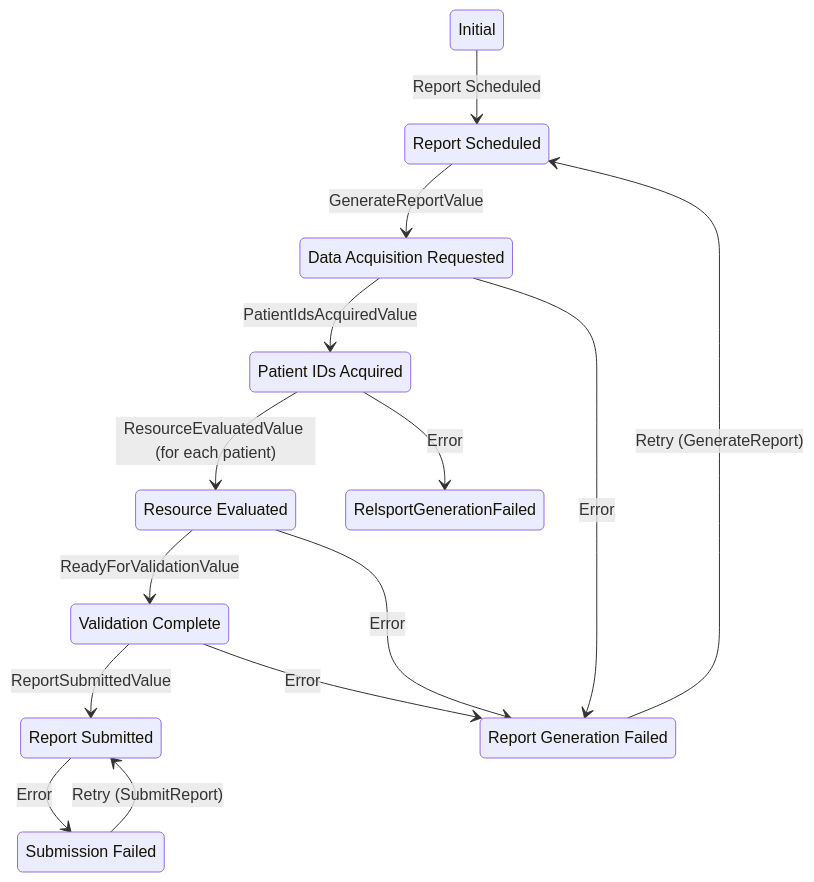
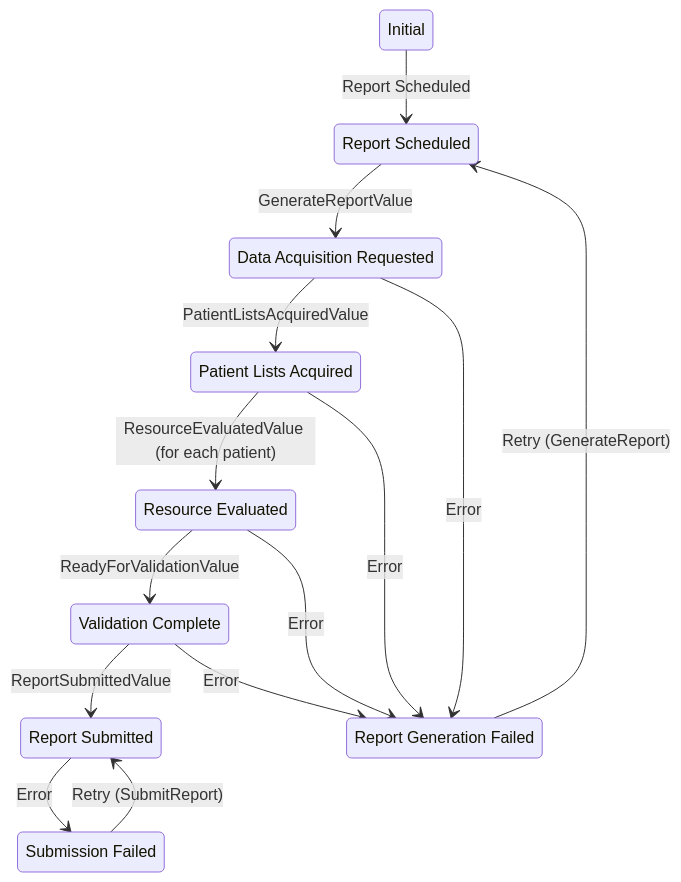
One commit to lantanagroup/link-cloud changed the diagram in docs/domains/Report/index.mdx. Above: the diagram before and after it, drawn with Mermaid. The commit also changed 9 other files, not shown here.

First line of the commit message:
LNK-4540: remove patientIdsAcquired refs (#1285)

````diff
--- a/docs/domains/Report/index.mdx
+++ b/docs/domains/Report/index.mdx
@@ -51,29 +51,29 @@
 ```mermaid
 stateDiagram-v2
 state "Report Scheduled" as ReportScheduled
 state "Data Acquisition Requested" as DataAcquisitionRequested
-state "Patient IDs Acquired" as PatientIDsAcquired
+state "Patient Lists Acquired" as PatientListsAcquired
 state "Resource Evaluated" as ResourceEvaluated
 state "Validation Complete" as ValidationComplete
 state "Report Submitted" as ReportSubmitted
 state "Report Generation Failed" as ReportGenerationFailed
 state "Submission Failed" as SubmissionFailed
 
 ReportScheduled --> DataAcquisitionRequested : GenerateReportValue
-DataAcquisitionRequested --> PatientIDsAcquired : PatientIdsAcquiredValue
-PatientIDsAcquired --> ResourceEvaluated : ResourceEvaluatedValue (for each patient)
+DataAcquisitionRequested --> PatientListsAcquired : PatientListsAcquiredValue
+PatientListsAcquired --> ResourceEvaluated : ResourceEvaluatedValue (for each patient)
 ResourceEvaluated --> ValidationComplete : ReadyForValidationValue
 ValidationComplete --> ReportSubmitted : ReportSubmittedValue
 
 DataAcquisitionRequested --> ReportGenerationFailed : Error
-PatientIDsAcquired --> RelsportGenerationFailed : Error
+PatientListsAcquired --> ReportGenerationFailed : Error
 ResourceEvaluated --> ReportGenerationFailed : Error
 ValidationComplete --> ReportGenerationFailed : Error
 ReportSubmitted --> SubmissionFailed : Error
 
 ReportGenerationFailed --> ReportScheduled : Retry (GenerateReport)
 SubmissionFailed --> ReportSubmitted : Retry (SubmitReport)
 
 state "Initial" as Initial
 Initial --> ReportScheduled : Report Scheduled
 ```
````
